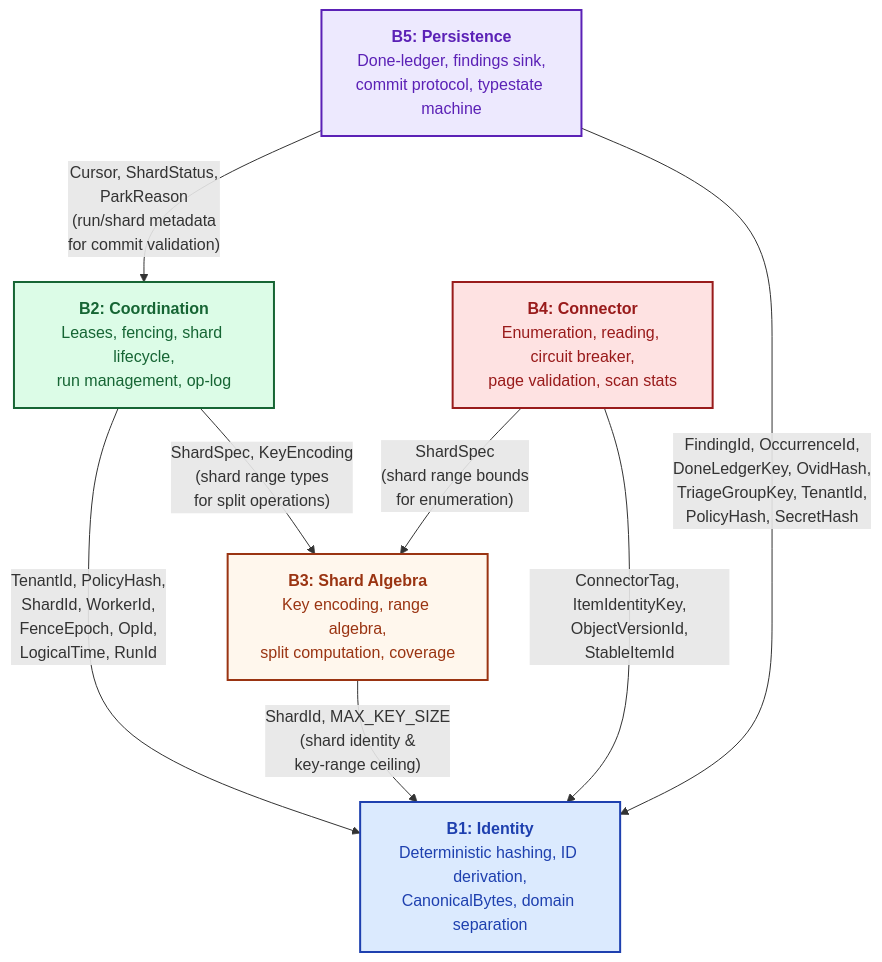
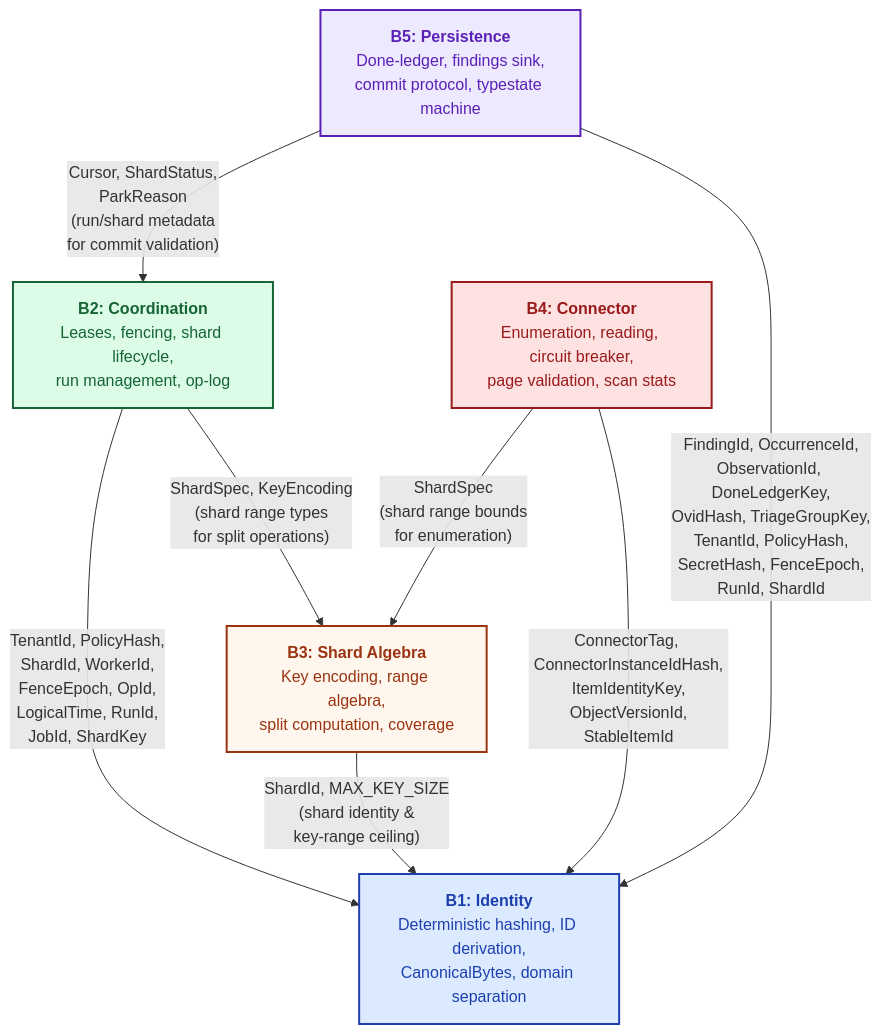
Before and after one commit to ahrav/Gossip-rs: the first of 3 diagrams in diagrams/02-boundary-dependency-graph.md, drawn with Mermaid. The commit also changed other lines of this file and 29 other files, not shown here.

First line of the commit message:
Update diagram directory inventory and diagram counts

````diff
--- a/diagrams/02-boundary-dependency-graph.md
+++ b/diagrams/02-boundary-dependency-graph.md
@@ -49,25 +49,25 @@
 ```mermaid
 %% Diagram: complete-type-annotated-dag
 graph TB
     B1["<b>B1: Identity</b><br/>Deterministic hashing, ID derivation,<br/>CanonicalBytes, domain separation"]
     B2["<b>B2: Coordination</b><br/>Leases, fencing, shard lifecycle,<br/>run management, op-log"]
     B3["<b>B3: Shard Algebra</b><br/>Key encoding, range algebra,<br/>split computation, coverage"]
     B4["<b>B4: Connector</b><br/>Enumeration, reading, circuit breaker,<br/>page validation, scan stats"]
     B5["<b>B5: Persistence</b><br/>Done-ledger, findings sink,<br/>commit protocol, typestate machine"]
 
-    B2 -->|"TenantId, PolicyHash,<br/>ShardId, WorkerId,<br/>FenceEpoch, OpId,<br/>LogicalTime, RunId"| B1
+    B2 -->|"TenantId, PolicyHash,<br/>ShardId, WorkerId,<br/>FenceEpoch, OpId,<br/>LogicalTime, RunId,<br/>JobId, ShardKey"| B1
     B3 -->|"ShardId, MAX_KEY_SIZE<br/>(shard identity &amp;<br/>key-range ceiling)"| B1
-    B4 -->|"ConnectorTag, ItemIdentityKey,<br/>ObjectVersionId,<br/>StableItemId"| B1
-    B5 -->|"FindingId, OccurrenceId,<br/>DoneLedgerKey, OvidHash,<br/>TriageGroupKey, TenantId,<br/>PolicyHash, SecretHash"| B1
+    B4 -->|"ConnectorTag, ConnectorInstanceIdHash,<br/>ItemIdentityKey,<br/>ObjectVersionId,<br/>StableItemId"| B1
+    B5 -->|"FindingId, OccurrenceId,<br/>ObservationId, DoneLedgerKey,<br/>OvidHash, TriageGroupKey,<br/>TenantId, PolicyHash,<br/>SecretHash, FenceEpoch,<br/>RunId, ShardId"| B1
 
     B2 -->|"ShardSpec, KeyEncoding<br/>(shard range types<br/>for split operations)"| B3
     B4 -->|"ShardSpec<br/>(shard range bounds<br/>for enumeration)"| B3
 
     B5 -->|"Cursor, ShardStatus,<br/>ParkReason<br/>(run/shard metadata<br/>for commit validation)"| B2
 
     style B1 fill:#DBEAFE,stroke:#1E40AF,stroke-width:2px,color:#1E40AF
     style B2 fill:#DCFCE7,stroke:#166534,stroke-width:2px,color:#166534
     style B3 fill:#FFF7ED,stroke:#9A3412,stroke-width:2px,color:#9A3412
     style B4 fill:#FEE2E2,stroke:#991B1B,stroke-width:2px,color:#991B1B
     style B5 fill:#EDE9FE,stroke:#5B21B6,stroke-width:2px,color:#5B21B6
 ```
````
